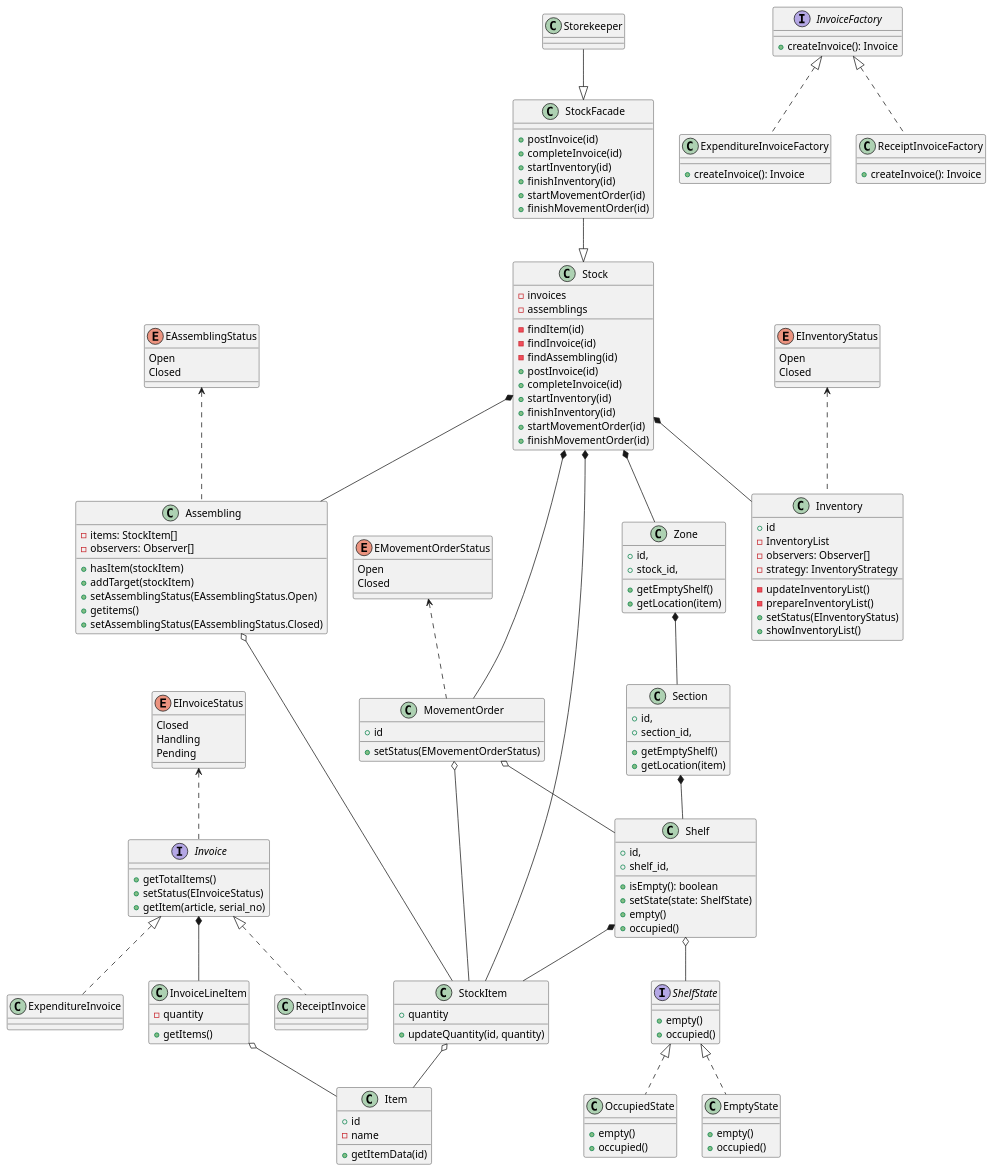
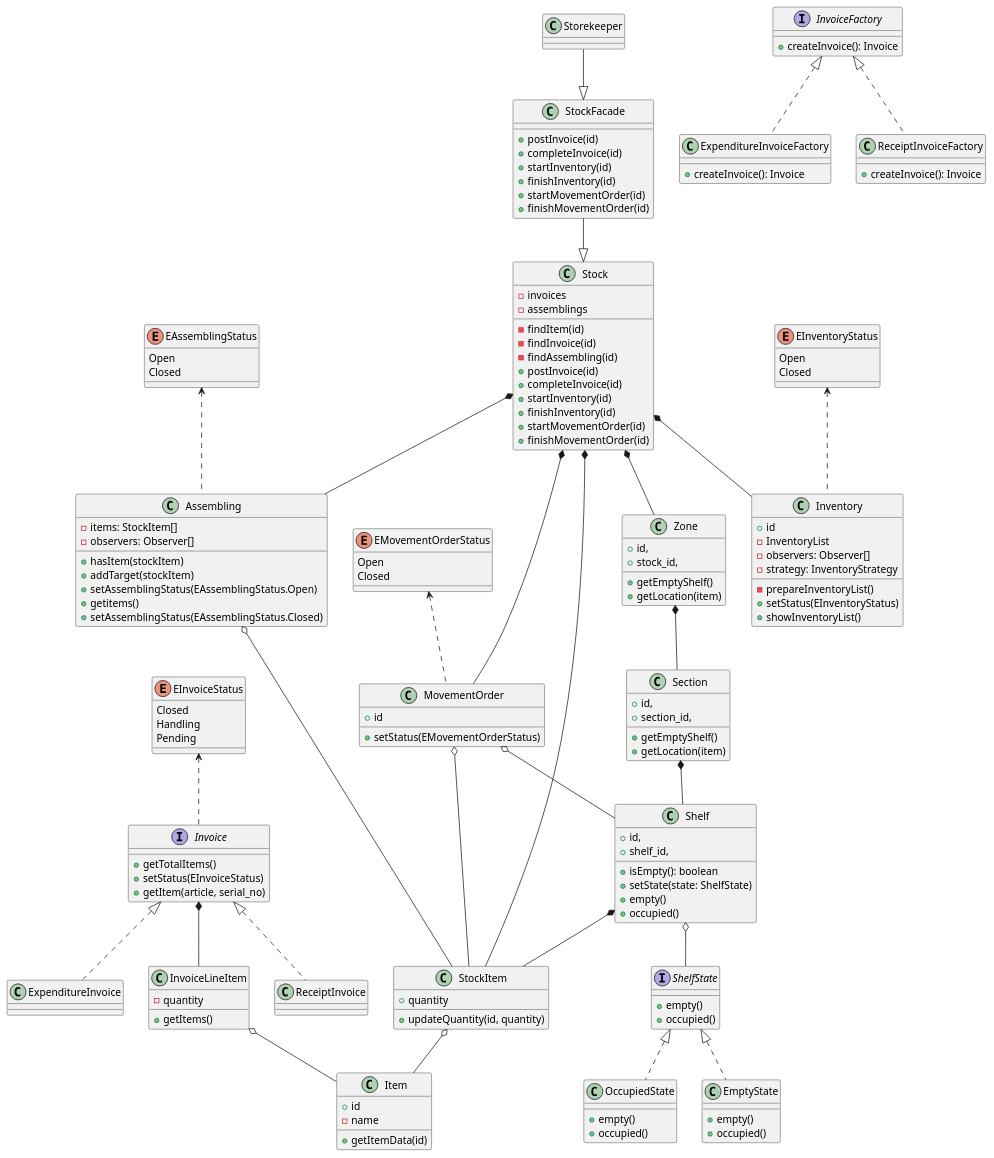
The diagram in warehouse/диаграмма_классов.md (penamarth/bsbo-02-21_team5_var6_sklad), drawn with PlantUML before and after one commit. The commit also changed 3 other files, not shown here.

```diff
--- a/warehouse/диаграмма_классов.md
+++ b/warehouse/диаграмма_классов.md
@@ -123,7 +123,6 @@
   -InventoryList
   -observers: Observer[]
   -strategy: InventoryStrategy
-  -updateInventoryList()
   -prepareInventoryList()
   +setStatus(EInventoryStatus)
   +showInventoryList()
```
